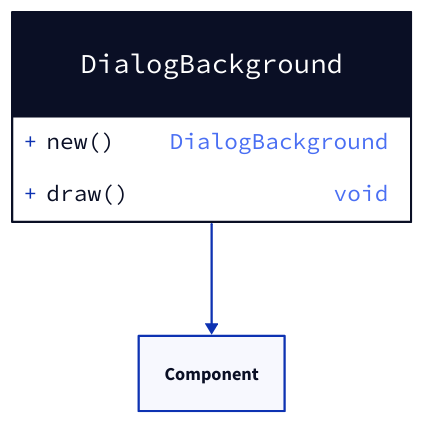
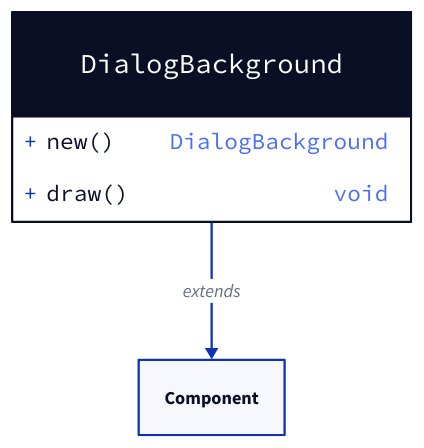
The diagram in docs/dialog-background.d2 (valcriss/gamingcampus-m1-lua-battletank), drawn with D2 before and after one commit. The commit also changed 64 other files, not shown here.

```diff
--- a/docs/dialog-background.d2
+++ b/docs/dialog-background.d2
@@ -1,9 +1,9 @@
 DialogBackground: {
   shape: class
 
   +new(): DialogBackground
 
   +draw(): void
 }
 
-DialogBackground -> Component
+DialogBackground -> Component: extends
```
